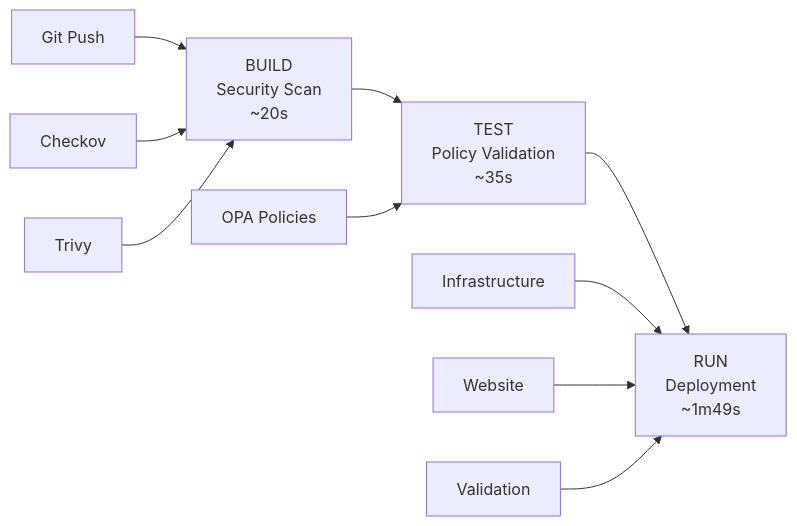
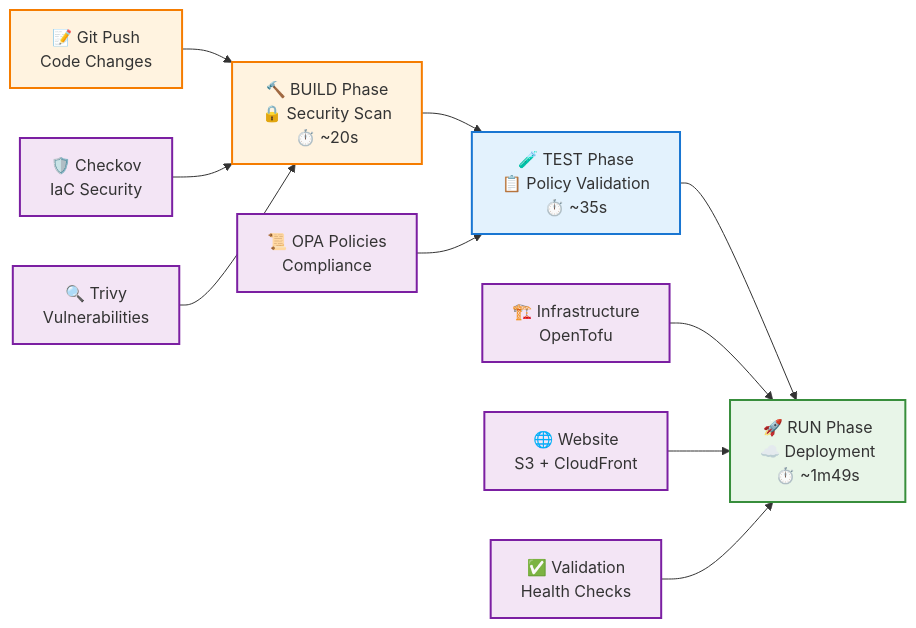
The second of 3 diagrams in README.md (Celtikill/static-site), drawn with Mermaid before and after one commit. The commit also changed other lines of this file and 4 other files, not shown here.

````diff
--- a/README.md
+++ b/README.md
@@ -83,13 +104,23 @@
 ```mermaid
-flowchart LR
-    A[Git Push] --> B[BUILD<br/>Security Scan<br/>~20s]
-    B --> C[TEST<br/>Policy Validation<br/>~35s]
-    C --> D[RUN<br/>Deployment<br/>~1m49s]
+graph LR
+    A["📝 Git Push<br/>Code Changes"] --> B["🔨 BUILD Phase<br/>🔒 Security Scan<br/>⏱️ ~20s"]
+    B --> C["🧪 TEST Phase<br/>📋 Policy Validation<br/>⏱️ ~35s"]
+    C --> D["🚀 RUN Phase<br/>☁️ Deployment<br/>⏱️ ~1m49s"]
 
-    B1[Checkov] --> B
-    B2[Trivy] --> B
-    C1[OPA Policies] --> C
-    D1[Infrastructure] --> D
-    D2[Website] --> D
-    D3[Validation] --> D
+    B1["🛡️ Checkov<br/>IaC Security"] --> B
+    B2["🔍 Trivy<br/>Vulnerabilities"] --> B
+    C1["📜 OPA Policies<br/>Compliance"] --> C
+    D1["🏗️ Infrastructure<br/>OpenTofu"] --> D
+    D2["🌐 Website<br/>S3 + CloudFront"] --> D
+    D3["✅ Validation<br/>Health Checks"] --> D
+
+    classDef buildStyle fill:#fff3e0,stroke:#f57c00,stroke-width:2px
+    classDef testStyle fill:#e3f2fd,stroke:#1976d2,stroke-width:2px
+    classDef runStyle fill:#e8f5e8,stroke:#388e3c,stroke-width:2px
+    classDef toolStyle fill:#f3e5f5,stroke:#7b1fa2,stroke-width:2px
+
+    class A,B buildStyle
+    class C testStyle
+    class D runStyle
+    class B1,B2,C1,D1,D2,D3 toolStyle
 ```
````
